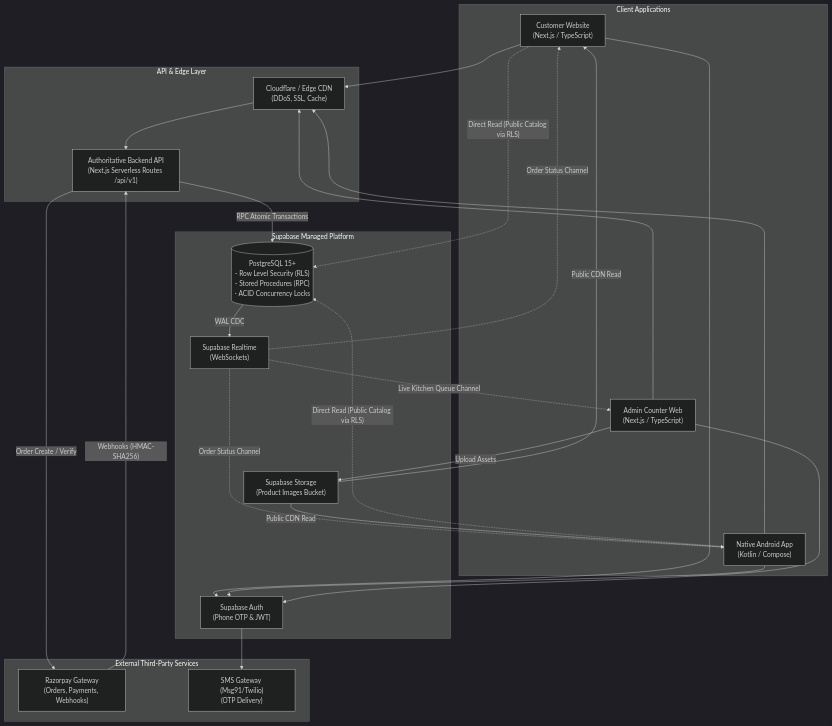
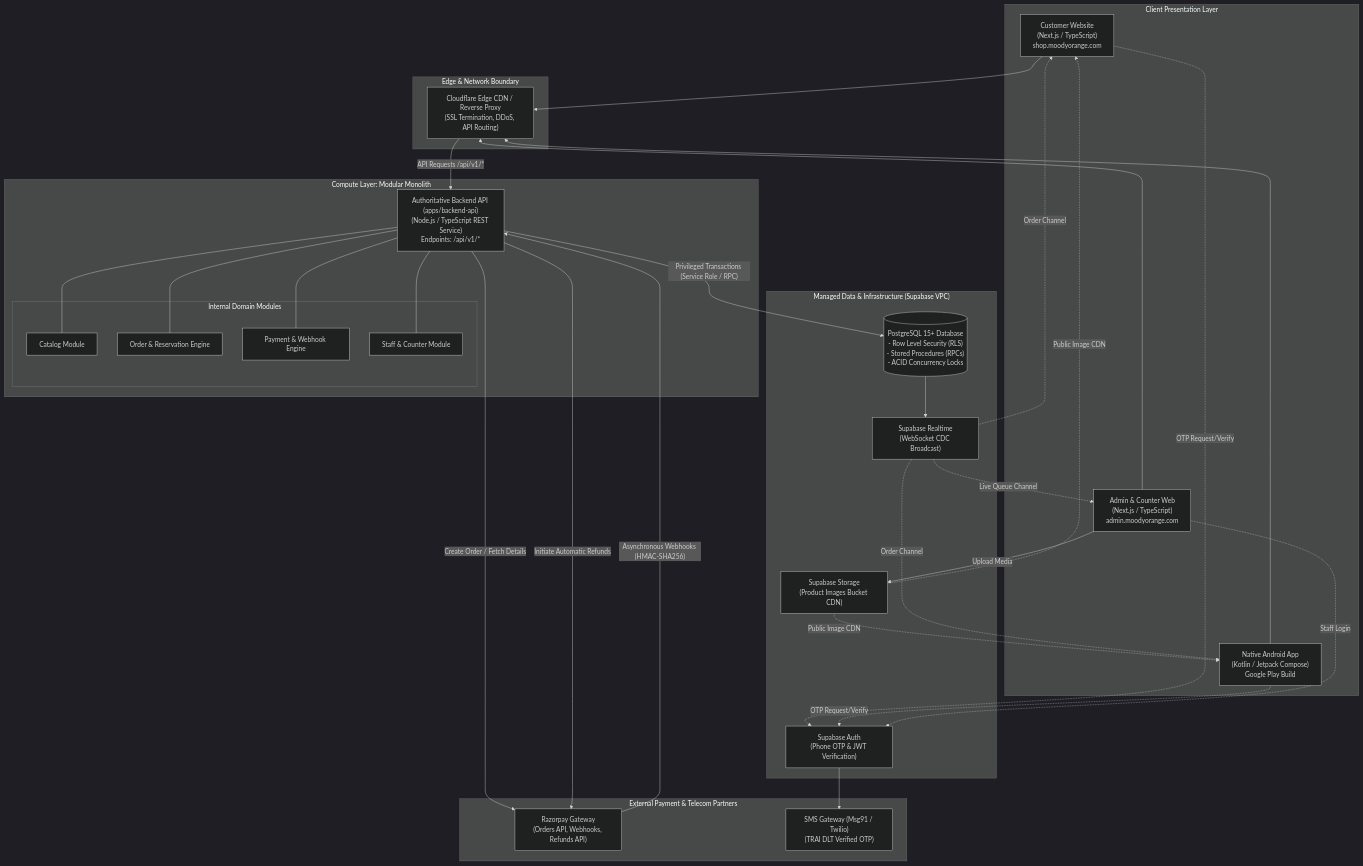
One commit to AbhinavKumar36/orange changed the first of 5 diagrams in docs/phase-0/SYSTEM_ARCHITECTURE.md. Above: the diagram before and after it, drawn with Mermaid (dark theme). The commit also changed other lines of this file and 9 other files, not shown here.

Commit message:
docs(phase-0.1): revise architecture, decouple backend-api, clarify inventory lifecycle, and tag requirements

````diff
--- a/docs/phase-0/SYSTEM_ARCHITECTURE.md
+++ b/docs/phase-0/SYSTEM_ARCHITECTURE.md
@@ -60,57 +85,66 @@
 ```mermaid
 graph TB
-    subgraph "Client Applications"
-        CW["Customer Website<br/>(Next.js / TypeScript)"]
-        AA["Native Android App<br/>(Kotlin / Compose)"]
-        AW["Admin Counter Web<br/>(Next.js / TypeScript)"]
+    subgraph "Client Presentation Layer"
+        CW["Customer Website<br/>(Next.js / TypeScript)<br/>shop.moodyorange.com"]
+        AA["Native Android App<br/>(Kotlin / Jetpack Compose)<br/>Google Play Build"]
+        AW["Admin & Counter Web<br/>(Next.js / TypeScript)<br/>admin.moodyorange.com"]
     end
 
-    subgraph "API & Edge Layer"
-        CF["Cloudflare / Edge CDN<br/>(DDoS, SSL, Cache)"]
-        API["Authoritative Backend API<br/>(Next.js Serverless Routes /api/v1)"]
+    subgraph "Edge & Network Boundary"
+        CDN["Cloudflare Edge CDN / Reverse Proxy<br/>(SSL Termination, DDoS, API Routing)"]
     end
 
-    subgraph "Supabase Managed Platform"
-        AUTH["Supabase Auth<br/>(Phone OTP & JWT)"]
-        RT["Supabase Realtime<br/>(WebSockets)"]
-        ST["Supabase Storage<br/>(Product Images Bucket)"]
-        PG[("PostgreSQL 15+<br/>- Row Level Security (RLS)<br/>- Stored Procedures (RPC)<br/>- ACID Concurrency Locks")]
+    subgraph "Compute Layer: Modular Monolith"
+        API["Authoritative Backend API (apps/backend-api)<br/>(Node.js / TypeScript REST Service)<br/>Endpoints: /api/v1/*"]
+        
+        subgraph "Internal Domain Modules"
+            MOD_CAT["Catalog Module"]
+            MOD_ORD["Order & Reservation Engine"]
+            MOD_PAY["Payment & Webhook Engine"]
+            MOD_STF["Staff & Counter Module"]
+        end
+        API --- MOD_CAT
+        API --- MOD_ORD
+        API --- MOD_PAY
+        API --- MOD_STF
     end
 
-    subgraph "External Third-Party Services"
-        RP["Razorpay Gateway<br/>(Orders, Payments, Webhooks)"]
-        SMS["SMS Gateway (Msg91/Twilio)<br/>(OTP Delivery)"]
+    subgraph "Managed Data & Infrastructure (Supabase VPC)"
+        AUTH["Supabase Auth<br/>(Phone OTP & JWT Verification)"]
+        RT["Supabase Realtime<br/>(WebSocket CDC Broadcast)"]
+        ST["Supabase Storage<br/>(Product Images Bucket CDN)"]
+        PG[("PostgreSQL 15+ Database<br/>- Row Level Security (RLS)<br/>- Stored Procedures (RPCs)<br/>- ACID Concurrency Locks")]
+    end
+
+    subgraph "External Payment & Telecom Partners"
+        RP["Razorpay Gateway<br/>(Orders API, Webhooks, Refunds API)"]
+        SMS["SMS Gateway (Msg91 / Twilio)<br/>(TRAI DLT Verified OTP)"]
     end
 
     %% Client traffic
-    CW --> CF
-    AA --> CF
-    AW --> CF
-    CF --> API
-
-    %% Read Path
-    CW -.->|"Direct Read (Public Catalog via RLS)"| PG
-    AA -.->|"Direct Read (Public Catalog via RLS)"| PG
+    CW --> CDN
+    AA --> CDN
+    AW --> CDN
+    CDN -->|"API Requests /api/v1/*"| API
 
     %% Auth Flows
-    CW --> AUTH
-    AA --> AUTH
-    AW --> AUTH
+    CW -.->|"OTP Request/Verify"| AUTH
+    AA -.->|"OTP Request/Verify"| AUTH
+    AW -.->|"Staff Login"| AUTH
     AUTH --> SMS
 
-    %% Privileged API Actions
-    API -->|"RPC Atomic Transactions"| PG
-    API -->|"Order Create / Verify"| RP
-    RP -->|"Webhooks (HMAC-SHA256)"| API
+    %% Backend to Database & External
+    API -->|"Privileged Transactions (Service Role / RPC)"| PG
+    API -->|"Create Order / Fetch Details"| RP
+    API -->|"Initiate Automatic Refunds"| RP
+    RP -->|"Asynchronous Webhooks (HMAC-SHA256)"| API
 
-    %% Realtime Sync
-    PG -->|"WAL CDC"| RT
-    RT -.->|"Order Status Channel"| CW
-    RT -.->|"Order Status Channel"| AA
-    RT -.->|"Live Kitchen Queue Channel"| AW
-
-    %% Storage
-    AW -->|"Upload Assets"| ST
-    ST -->|"Public CDN Read"| CW
-    ST -->|"Public CDN Read"| AA
+    %% Storage & Realtime
+    AW -->|"Upload Media"| ST
+    ST -.->|"Public Image CDN"| CW
+    ST -.->|"Public Image CDN"| AA
+    PG --> RT
+    RT -.->|"Order Channel"| CW
+    RT -.->|"Order Channel"| AA
+    RT -.->|"Live Queue Channel"| AW
 ```
````
